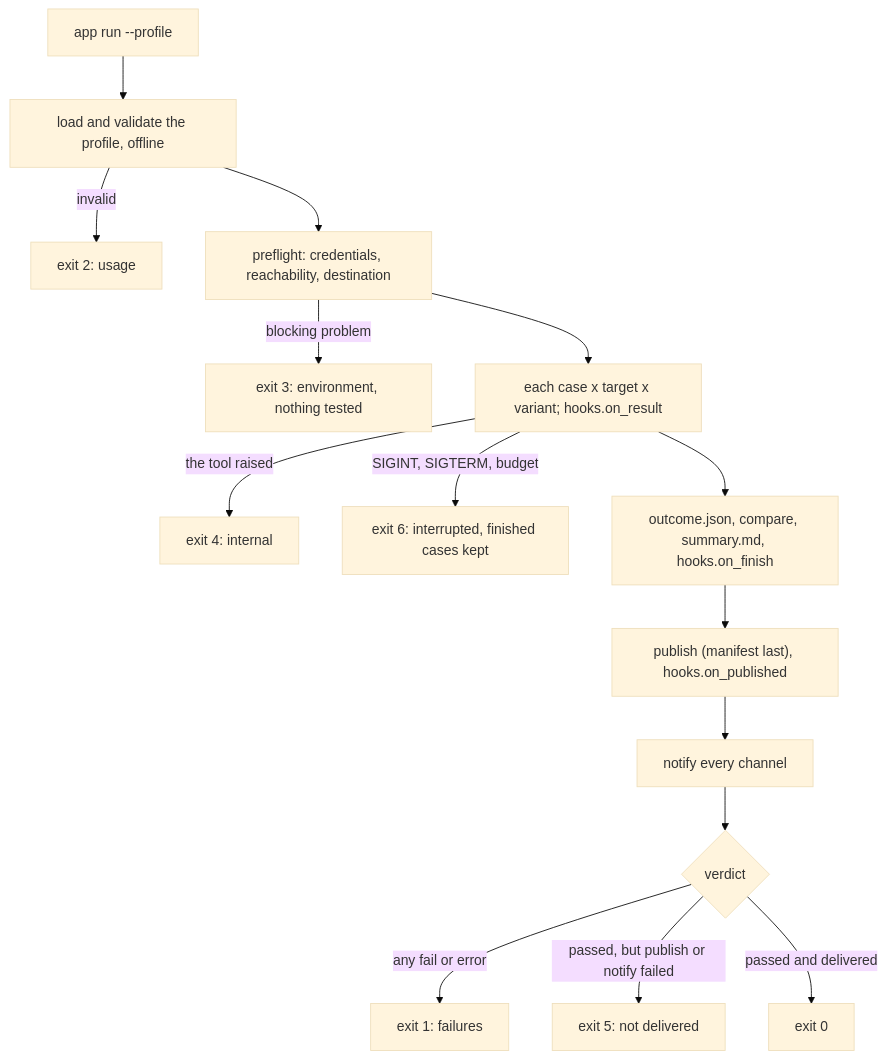
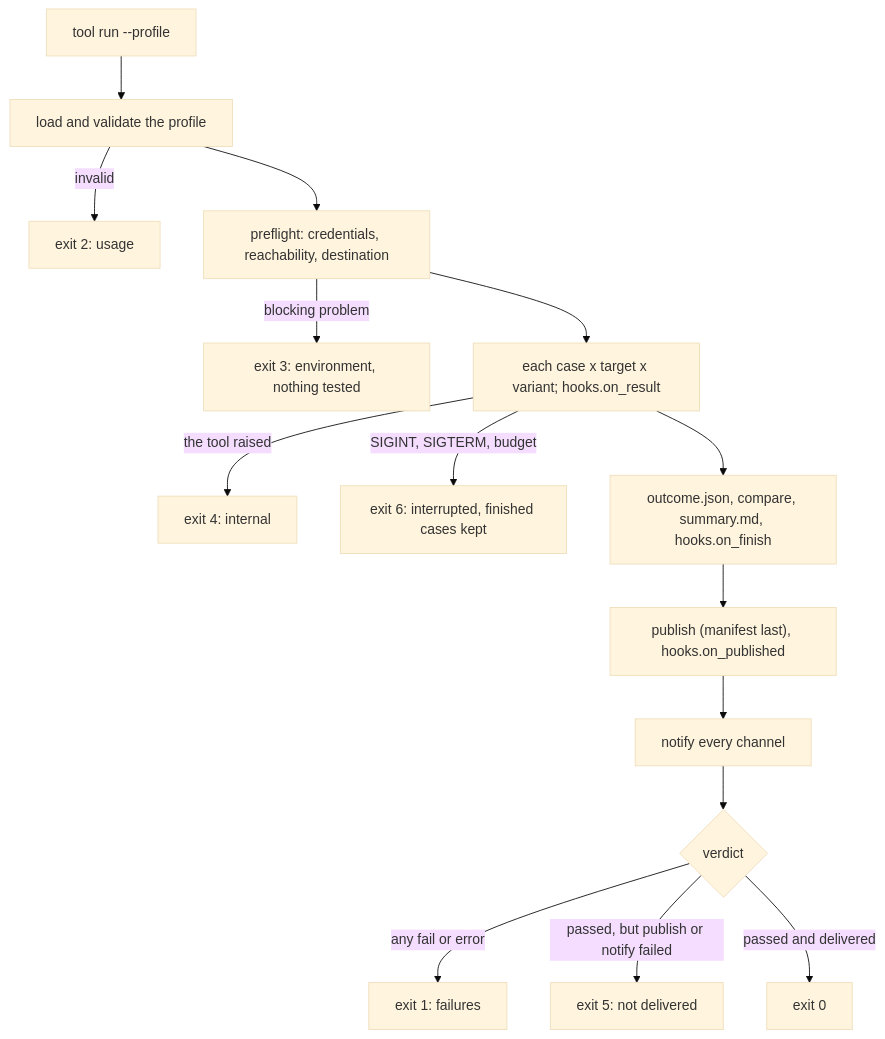
The diagram in docs/architecture.md (Vezio/va), drawn with Mermaid (base theme) before and after one commit. The commit also changed other lines of this file and 20 other files, not shown here.

````diff
--- a/docs/architecture.md
+++ b/docs/architecture.md
@@ -9,17 +10,17 @@
 ```mermaid
 flowchart TB
-    A["app run --profile"] --> B["load and validate the profile, offline"]
+    A["tool run --profile"] --> B["load and validate the profile"]
     B -->|"invalid"| E2["exit 2: usage"]
     B --> C["preflight: credentials, reachability, destination"]
     C -->|"blocking problem"| E3["exit 3: environment, nothing tested"]
     C --> D["each case x target x variant; hooks.on_result"]
     D -->|"the tool raised"| E4["exit 4: internal"]
     D -->|"SIGINT, SIGTERM, budget"| E6["exit 6: interrupted, finished cases kept"]
     D --> F["outcome.json, compare, summary.md, hooks.on_finish"]
     F --> P["publish (manifest last), hooks.on_published"]
     P --> N["notify every channel"]
     N --> G{"verdict"}
     G -->|"any fail or error"| E1["exit 1: failures"]
     G -->|"passed, but publish or notify failed"| E5["exit 5: not delivered"]
     G -->|"passed and delivered"| E0["exit 0"]
 ```
````
